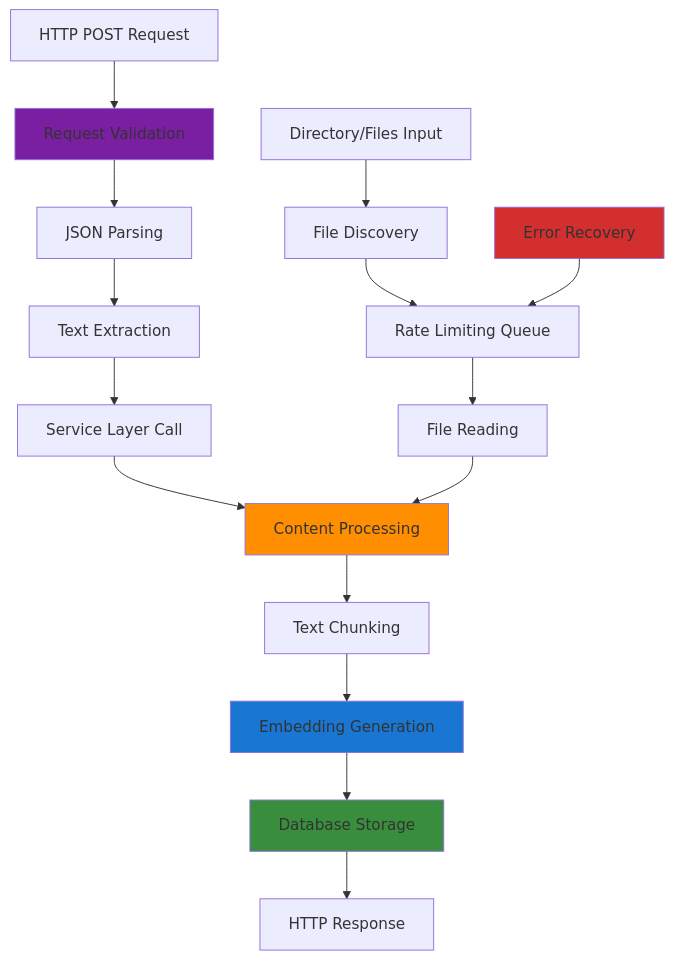
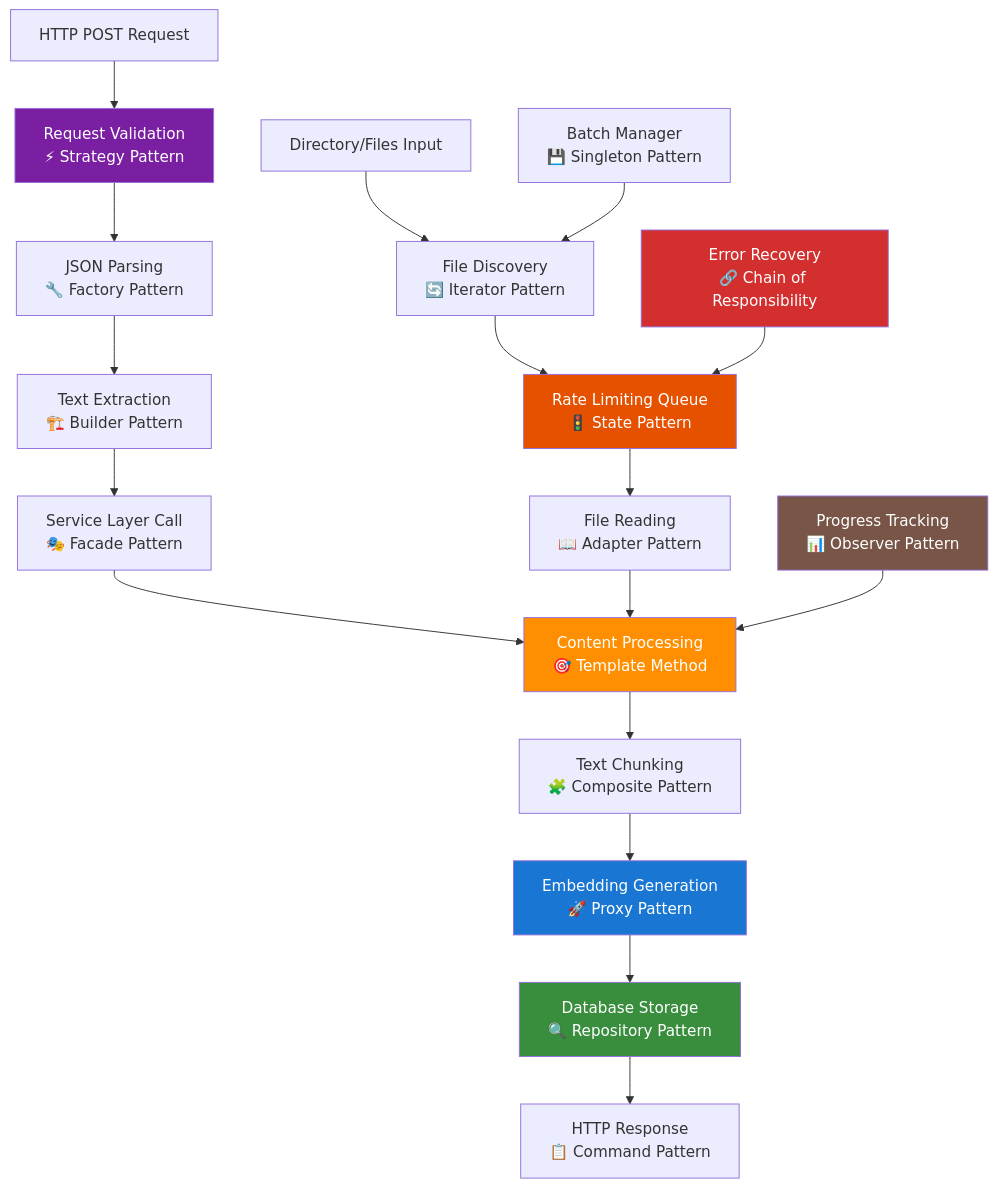
Before and after one commit to rlynjb/adventurecue: the diagram in docs/services/ingestion.md, drawn with Mermaid. The commit also changed other lines of this file and 3 other files, not shown here.

````diff
--- a/docs/services/ingestion.md
+++ b/docs/services/ingestion.md
@@ -68,25 +69,29 @@
 ```mermaid
 graph TD
-    A[HTTP POST Request] --> B[Request Validation]
-    B --> C[JSON Parsing]
-    C --> D[Text Extraction]
-    D --> E[Service Layer Call]
-    E --> F[Content Processing]
-    F --> G[Text Chunking]
-    G --> H[Embedding Generation]
-    H --> I[Database Storage]
-    I --> J[HTTP Response]
+    A[HTTP POST Request] --> B[Request Validation<br/>⚡ Strategy Pattern]
+    B --> C[JSON Parsing<br/>🔧 Factory Pattern]
+    C --> D[Text Extraction<br/>🏗️ Builder Pattern]
+    D --> E[Service Layer Call<br/>🎭 Facade Pattern]
+    E --> F[Content Processing<br/>🎯 Template Method]
+    F --> G[Text Chunking<br/>🧩 Composite Pattern]
+    G --> H[Embedding Generation<br/>🚀 Proxy Pattern]
+    H --> I[Database Storage<br/>🔍 Repository Pattern]
+    I --> J[HTTP Response<br/>📋 Command Pattern]
 
-    K[Directory/Files Input] --> L[File Discovery]
-    L --> M[Rate Limiting Queue]
-    M --> N[File Reading]
+    K[Directory/Files Input] --> L[File Discovery<br/>🔄 Iterator Pattern]
+    L --> M[Rate Limiting Queue<br/>🚦 State Pattern]
+    M --> N[File Reading<br/>📖 Adapter Pattern]
     N --> F
 
-    O[Error Recovery] --> M
+    O[Error Recovery<br/>🔗 Chain of Responsibility] --> M
+    P[Progress Tracking<br/>📊 Observer Pattern] --> F
+    Q[Batch Manager<br/>💾 Singleton Pattern] --> L
 
-    style F fill:#ff8f00
-    style H fill:#1976d2
-    style I fill:#388e3c
-    style O fill:#d32f2f
-    style B fill:#7b1fa2
+    style F fill:#ff8f00,color:#fff
+    style H fill:#1976d2,color:#fff
+    style I fill:#388e3c,color:#fff
+    style O fill:#d32f2f,color:#fff
+    style B fill:#7b1fa2,color:#fff
+    style M fill:#e65100,color:#fff
+    style P fill:#795548,color:#fff
 ```
````
